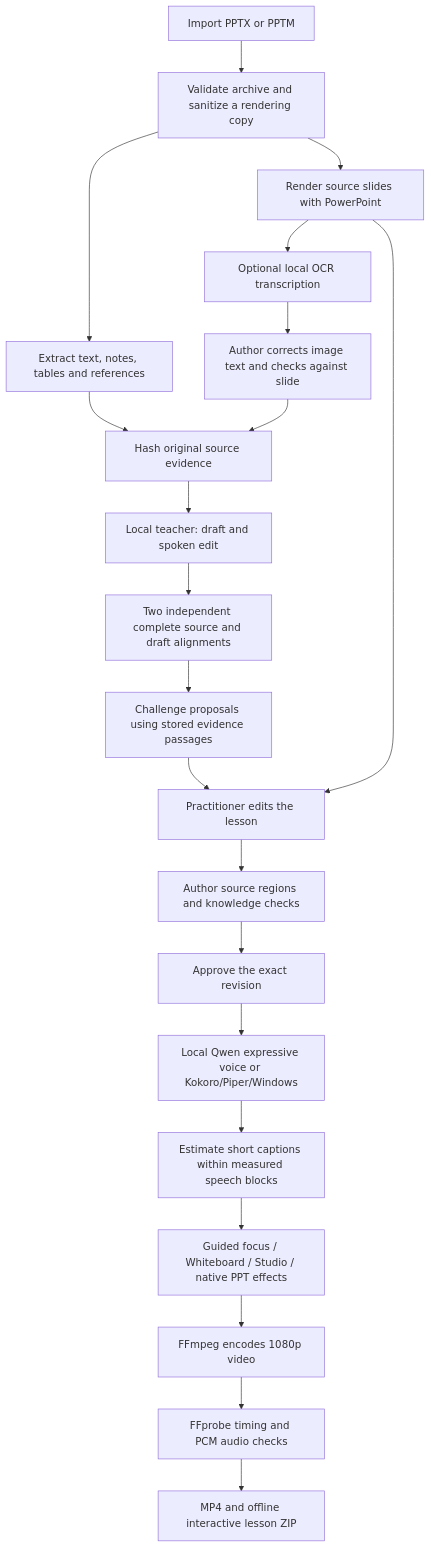
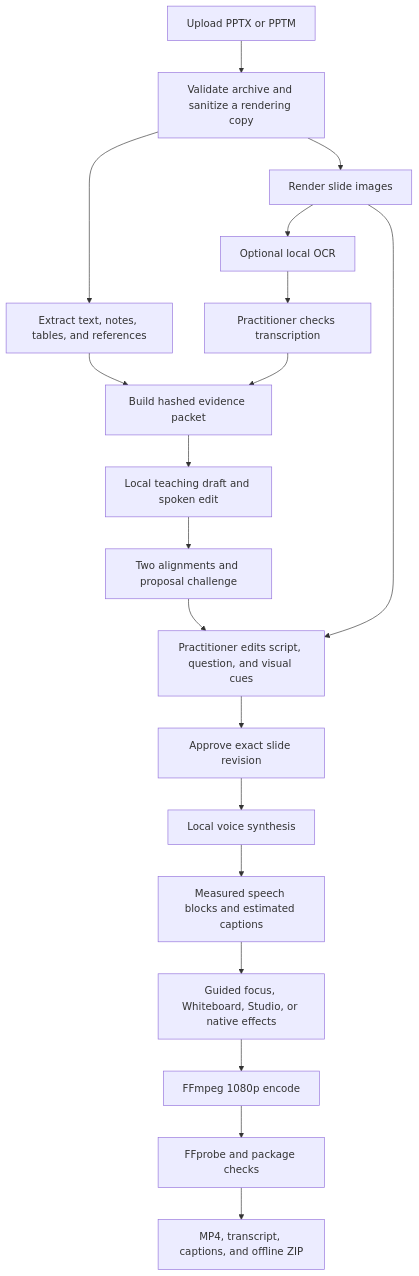
Before and after one commit to tasnimuldatascience/narrate-medical-studio: the diagram in docs/PIPELINE.md, drawn with Mermaid. The commit also changed other lines of this file and 4 other files, not shown here.

Commit message:
Rewrite product and architecture documentation

````diff
--- a/docs/PIPELINE.md
+++ b/docs/PIPELINE.md
@@ -5,23 +7,21 @@
 ```mermaid
 flowchart TD
-    A[Import PPTX or PPTM] --> B[Validate archive and sanitize a rendering copy]
-    B --> C[Extract text, notes, tables and references]
-    B --> D[Render source slides with PowerPoint]
-    D --> O[Optional local OCR transcription]
-    O --> P[Author corrects image text and checks against slide]
-    C --> E[Hash original source evidence]
-    P --> E
-    E --> T[Local teacher: draft and spoken edit]
-    T --> Q[Two independent complete source and draft alignments]
-    Q --> R[Challenge proposals using stored evidence passages]
-    D --> F[Practitioner edits the lesson]
-    R --> F
-    F --> G[Author source regions and knowledge checks]
-    G --> H[Approve the exact revision]
-    H --> I[Local Qwen expressive voice or Kokoro/Piper/Windows]
-    I --> J[Estimate short captions within measured speech blocks]
-    J --> K[Guided focus / Whiteboard / Studio / native PPT effects]
-    K --> L[FFmpeg encodes 1080p video]
-    L --> M[FFprobe timing and PCM audio checks]
-    M --> N[MP4 and offline interactive lesson ZIP]
+    Upload[Upload PPTX or PPTM] --> Validate[Validate archive and sanitize a rendering copy]
+    Validate --> Extract[Extract text, notes, tables, and references]
+    Validate --> Slides[Render slide images]
+    Slides --> OCR[Optional local OCR]
+    OCR --> SourceCheck[Practitioner checks transcription]
+    Extract --> Evidence[Build hashed evidence packet]
+    SourceCheck --> Evidence
+    Evidence --> Draft[Local teaching draft and spoken edit]
+    Draft --> Eval[Two alignments and proposal challenge]
+    Eval --> Edit[Practitioner edits script, question, and visual cues]
+    Slides --> Edit
+    Edit --> Approve[Approve exact slide revision]
+    Approve --> Speech[Local voice synthesis]
+    Speech --> Timing[Measured speech blocks and estimated captions]
+    Timing --> Scenes[Guided focus, Whiteboard, Studio, or native effects]
+    Scenes --> Encode[FFmpeg 1080p encode]
+    Encode --> QA[FFprobe and package checks]
+    QA --> Output[MP4, transcript, captions, and offline ZIP]
 ```
````
